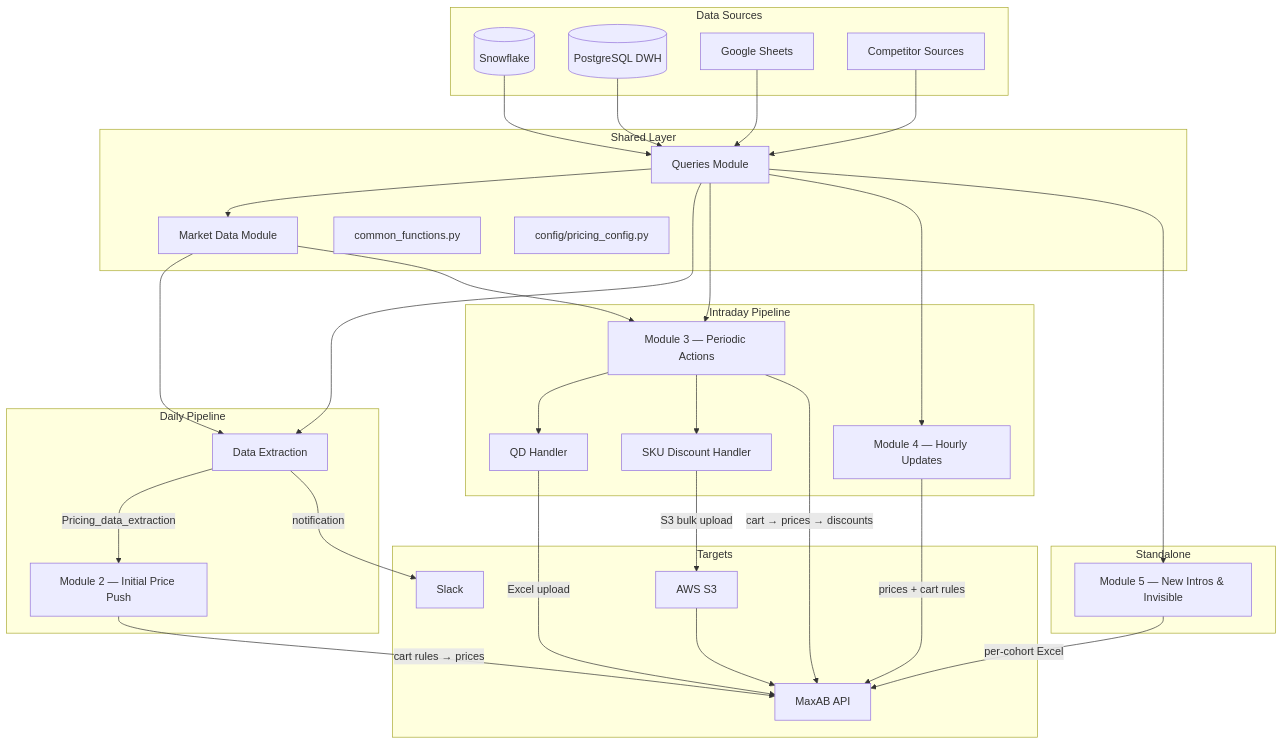
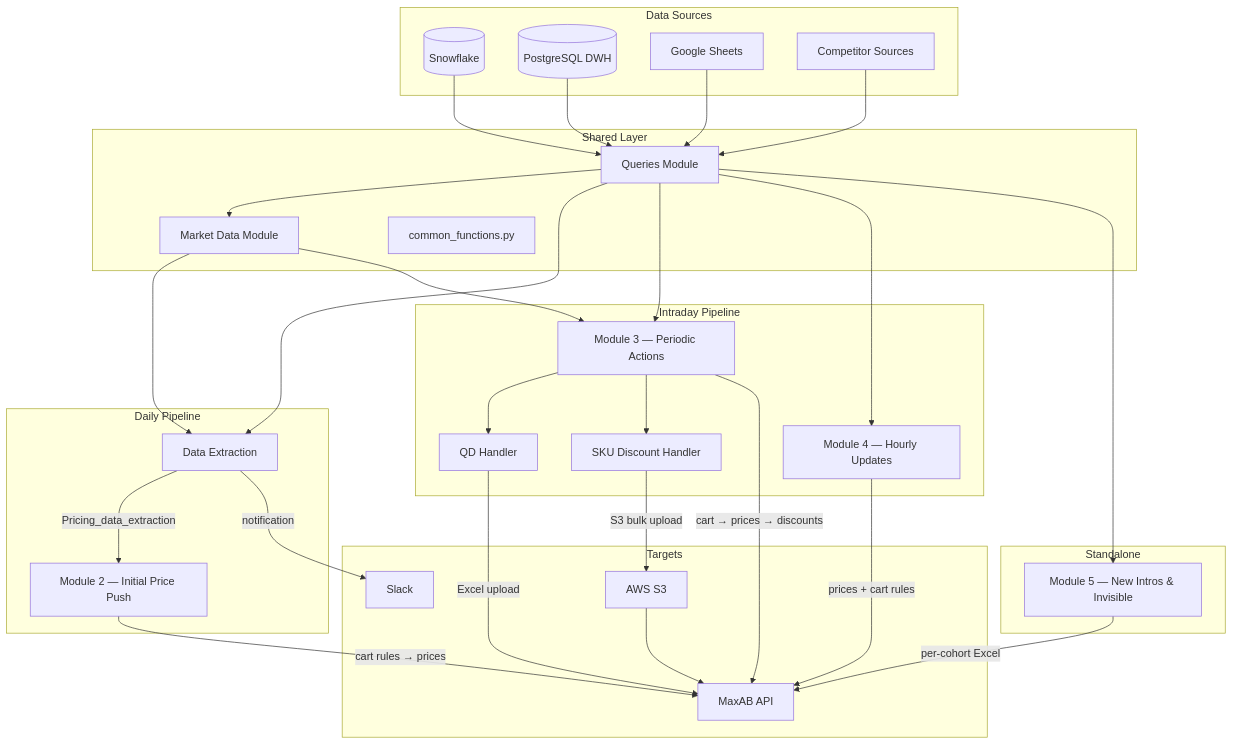
The first of 6 diagrams in README.md (Maxab-Growth/Mustafa), drawn with Mermaid before and after one commit. The commit also changed other lines of this file and 7 other files, not shown here.

````diff
--- a/README.md
+++ b/README.md
@@ -25,57 +25,56 @@
 ```mermaid
 graph TB
     subgraph Data Sources
         SF[(Snowflake)]
         PG[(PostgreSQL DWH)]
         GS[Google Sheets]
         COMP[Competitor Sources]
     end
 
     subgraph Shared Layer
         QM[Queries Module]
         MD[Market Data Module]
         CF[common_functions.py]
-        CFG[config/pricing_config.py]
     end
 
     subgraph Daily Pipeline
         DE[Data Extraction]
         M2[Module 2 — Initial Price Push]
     end
 
     subgraph Intraday Pipeline
         M3[Module 3 — Periodic Actions]
         M4[Module 4 — Hourly Updates]
         QD[QD Handler]
         SKU[SKU Discount Handler]
     end
 
     subgraph Standalone
         M5[Module 5 — New Intros & Invisible]
     end
 
     subgraph Targets
         API[MaxAB API]
         S3[AWS S3]
         SL[Slack]
     end
 
     SF & PG & GS & COMP --> QM
     QM --> MD
     QM & MD --> DE
     DE -->|Pricing_data_extraction| M2
     QM & MD --> M3
     QM --> M4
     M3 --> QD
     M3 --> SKU
     QM --> M5
 
     M2 -->|cart rules → prices| API
     M3 -->|cart → prices → discounts| API
     M4 -->|prices + cart rules| API
     M5 -->|per-cohort Excel| API
     QD -->|Excel upload| API
     SKU -->|S3 bulk upload| S3
     S3 --> API
     DE -->|notification| SL
 ```
````
